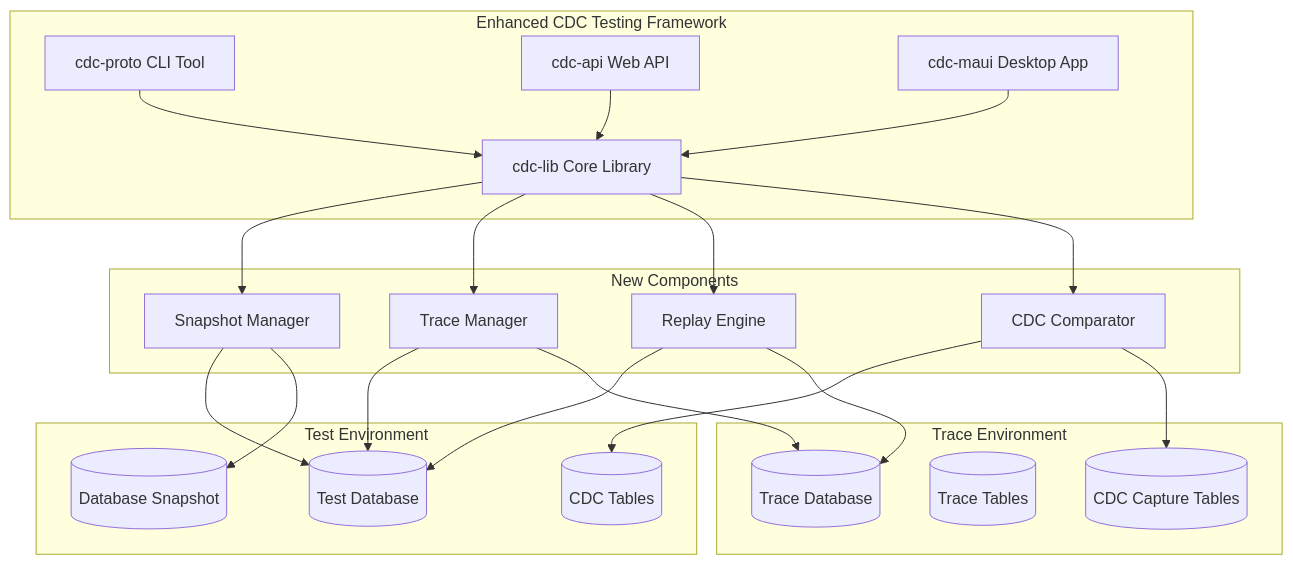
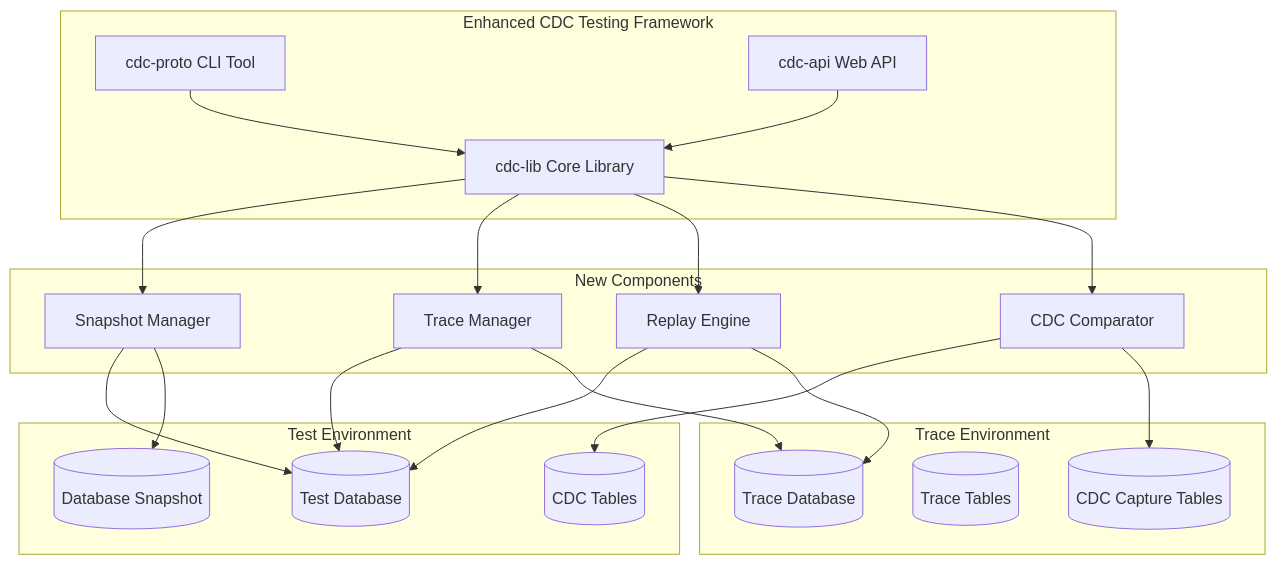
Before and after one commit to ericroliver/cdc-me: the diagram in docs/trace-testing-design.md, drawn with Mermaid. The commit also changed 44 other files, not shown here.

Commit message:
removing the maui app

````diff
--- a/docs/trace-testing-design.md
+++ b/docs/trace-testing-design.md
@@ -26,49 +26,47 @@
 ```mermaid
 graph TB
     subgraph "Enhanced CDC Testing Framework"
         CLI[cdc-proto CLI Tool]
         LIB[cdc-lib Core Library]
         API[cdc-api Web API]
-        MAUI[cdc-maui Desktop App]
     end
 
     subgraph "Test Environment"
         DB[(Test Database)]
         SNAP[(Database Snapshot)]
         CDC[(CDC Tables)]
     end
 
     subgraph "Trace Environment"
         TRACE_DB[(Trace Database)]
         TRACE_TABLES[(Trace Tables)]
         CDC_CAPTURE[(CDC Capture Tables)]
     end
 
     subgraph "New Components"
         SNAPSHOT_MGR[Snapshot Manager]
         TRACE_MGR[Trace Manager]
         REPLAY_ENGINE[Replay Engine]
         COMPARATOR[CDC Comparator]
     end
 
     CLI --> LIB
     API --> LIB
-    MAUI --> LIB
 
     LIB --> SNAPSHOT_MGR
     LIB --> TRACE_MGR
     LIB --> REPLAY_ENGINE
     LIB --> COMPARATOR
 
     SNAPSHOT_MGR --> DB
     SNAPSHOT_MGR --> SNAP
 
     TRACE_MGR --> DB
     TRACE_MGR --> TRACE_DB
 
     REPLAY_ENGINE --> DB
     REPLAY_ENGINE --> TRACE_DB
 
     COMPARATOR --> CDC
     COMPARATOR --> CDC_CAPTURE
 ```
````
